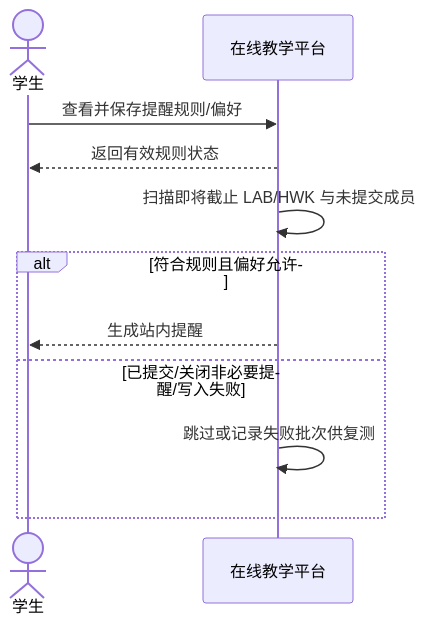
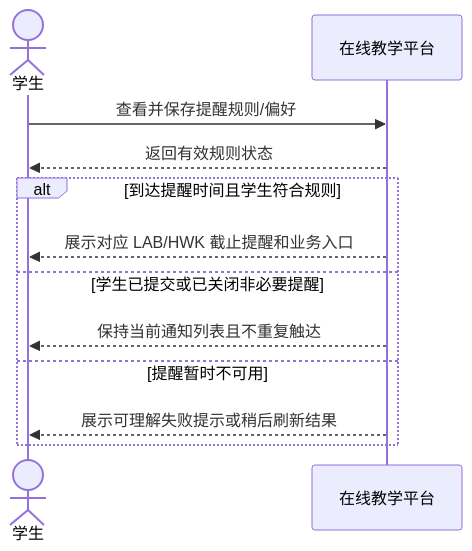
The diagram in docs/diagrams/lrn/requirements/sc05-reminder.mmd (Cr4zyorange/OnlineJudge), drawn with Mermaid before and after one commit. The commit also changed 8 other files, not shown here.

```diff
--- a/docs/diagrams/lrn/requirements/sc05-reminder.mmd
+++ b/docs/diagrams/lrn/requirements/sc05-reminder.mmd
@@ -1,11 +1,12 @@
 sequenceDiagram
   actor Student as 学生
   participant System as 在线教学平台
   Student->>System: 查看并保存提醒规则/偏好
   System-->>Student: 返回有效规则状态
-  System->>System: 扫描即将截止 LAB/HWK 与未提交成员
-  alt 符合规则且偏好允许
-    System-->>Student: 生成站内提醒
-  else 已提交/关闭非必要提醒/写入失败
-    System->>System: 跳过或记录失败批次供复测
+  alt 到达提醒时间且学生符合规则
+    System-->>Student: 展示对应 LAB/HWK 截止提醒和业务入口
+  else 学生已提交或已关闭非必要提醒
+    System-->>Student: 保持当前通知列表且不重复触达
+  else 提醒暂时不可用
+    System-->>Student: 展示可理解失败提示或稍后刷新结果
   end
```
